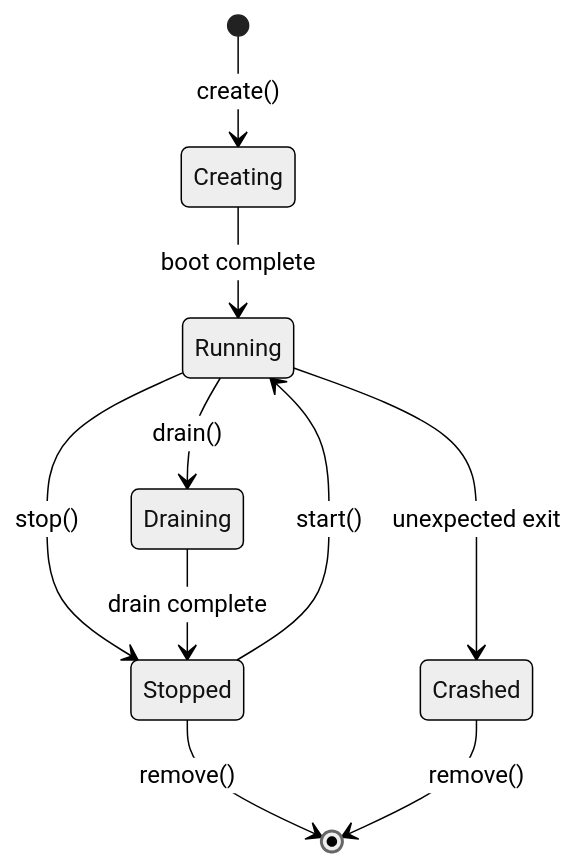
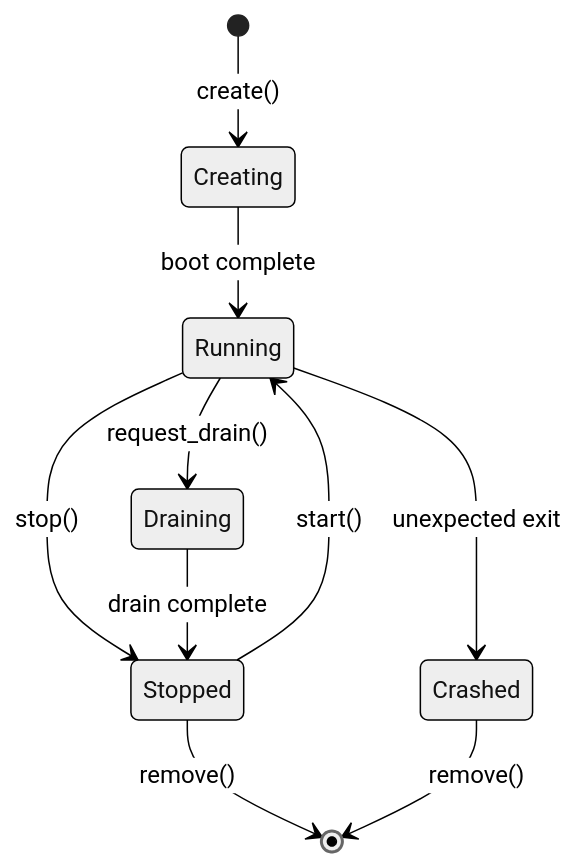
The first of 2 diagrams in docs/sandboxes/lifecycle.mdx (superradcompany/microsandbox), drawn with Mermaid (neutral theme) before and after one commit. The commit also changed other lines of this file and 142 other files, not shown here.

````diff
--- a/docs/sandboxes/lifecycle.mdx
+++ b/docs/sandboxes/lifecycle.mdx
@@ -11,12 +11,12 @@
 ```mermaid
 stateDiagram-v2
     [*] --> Creating: create()
     Creating --> Running: boot complete
-    Running --> Draining: drain()
+    Running --> Draining: request_drain()
     Running --> Stopped: stop()
     Running --> Crashed: unexpected exit
     Draining --> Stopped: drain complete
     Stopped --> Running: start()
     Stopped --> [*]: remove()
     Crashed --> [*]: remove()
 ```
````
